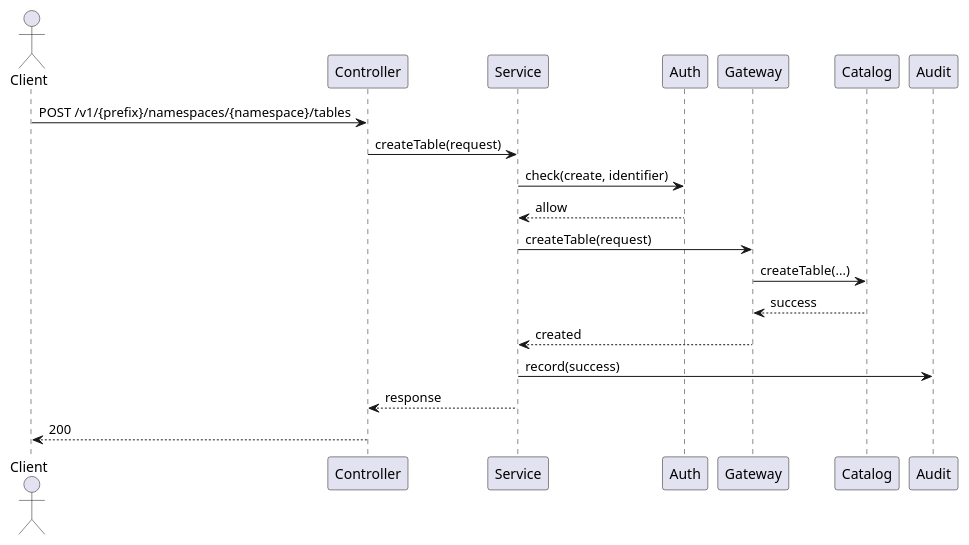
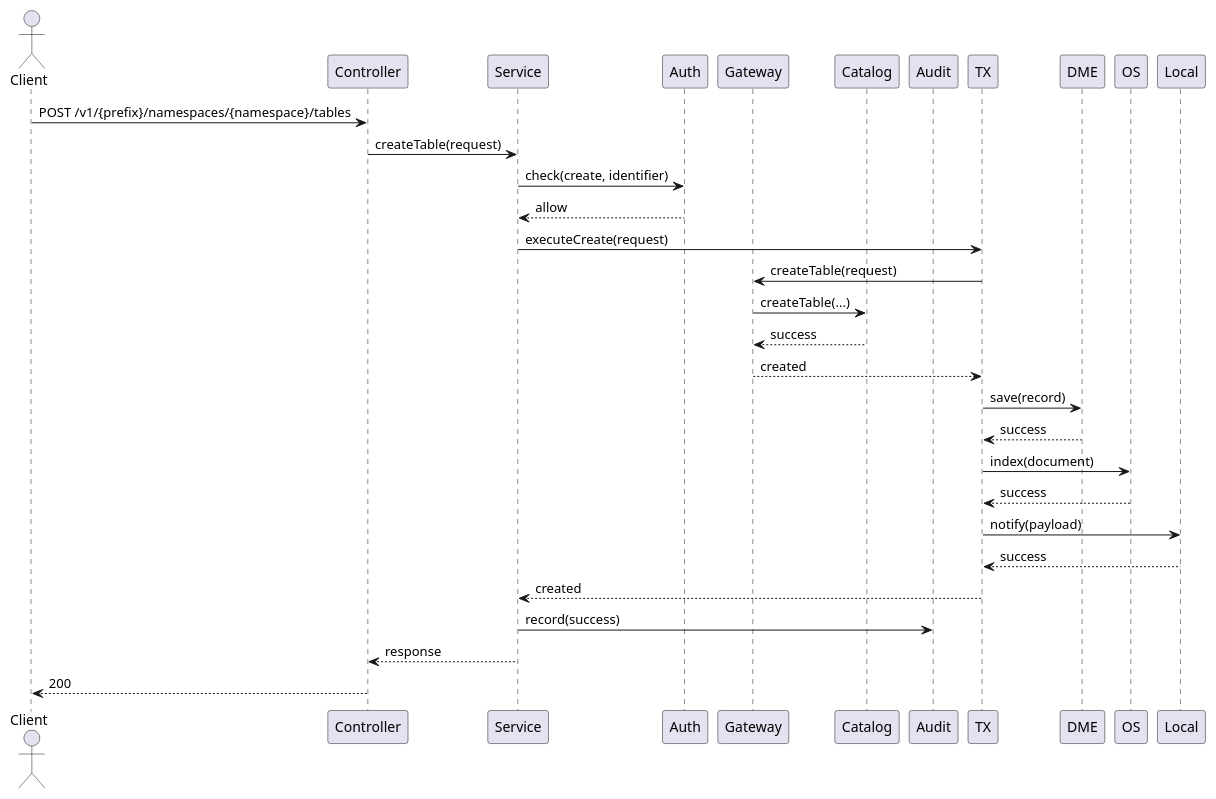
Before and after one commit to jingwang-0415/codex: the tenth of 17 diagrams in Iceberg_Table接口能力_软件实现设计说明书.md, drawn with PlantUML. The commit also changed other lines of this file, not shown here.

Commit message:
Add saga-based consistency design to Iceberg table spec

````diff
--- a/Iceberg_Table接口能力_软件实现设计说明书.md
+++ b/Iceberg_Table接口能力_软件实现设计说明书.md
@@ -921,23 +1133,31 @@
 ```plantuml
 @startuml
 actor Client
 participant Controller
 participant Service
 participant Auth
 participant Gateway
 participant Catalog
 participant Audit
 
 Client -> Controller : POST /v1/{prefix}/namespaces/{namespace}/tables
 Controller -> Service : createTable(request)
 Service -> Auth : check(create, identifier)
 Auth --> Service : allow
-Service -> Gateway : createTable(request)
+Service -> TX : executeCreate(request)
+TX -> Gateway : createTable(request)
 Gateway -> Catalog : createTable(...)
 Catalog --> Gateway : success
-Gateway --> Service : created
+Gateway --> TX : created
+TX -> DME : save(record)
+DME --> TX : success
+TX -> OS : index(document)
+OS --> TX : success
+TX -> Local : notify(payload)
+Local --> TX : success
+TX --> Service : created
 Service -> Audit : record(success)
 Service --> Controller : response
 Controller --> Client : 200
 @enduml
 ```
````
